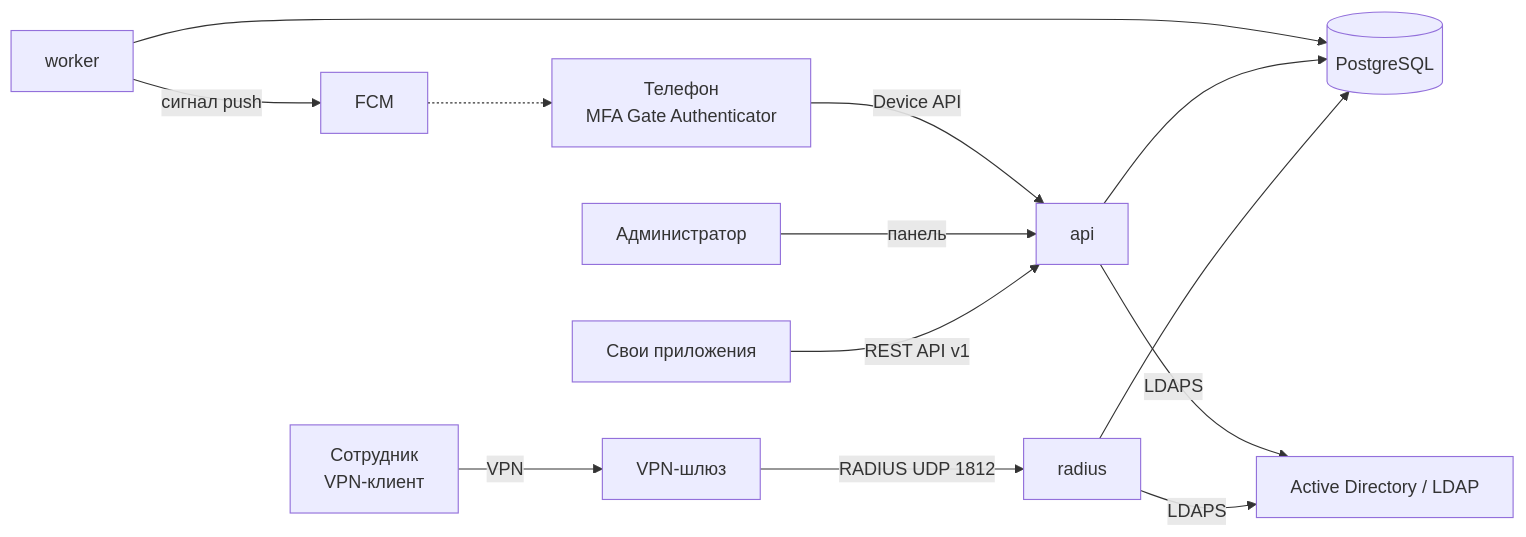
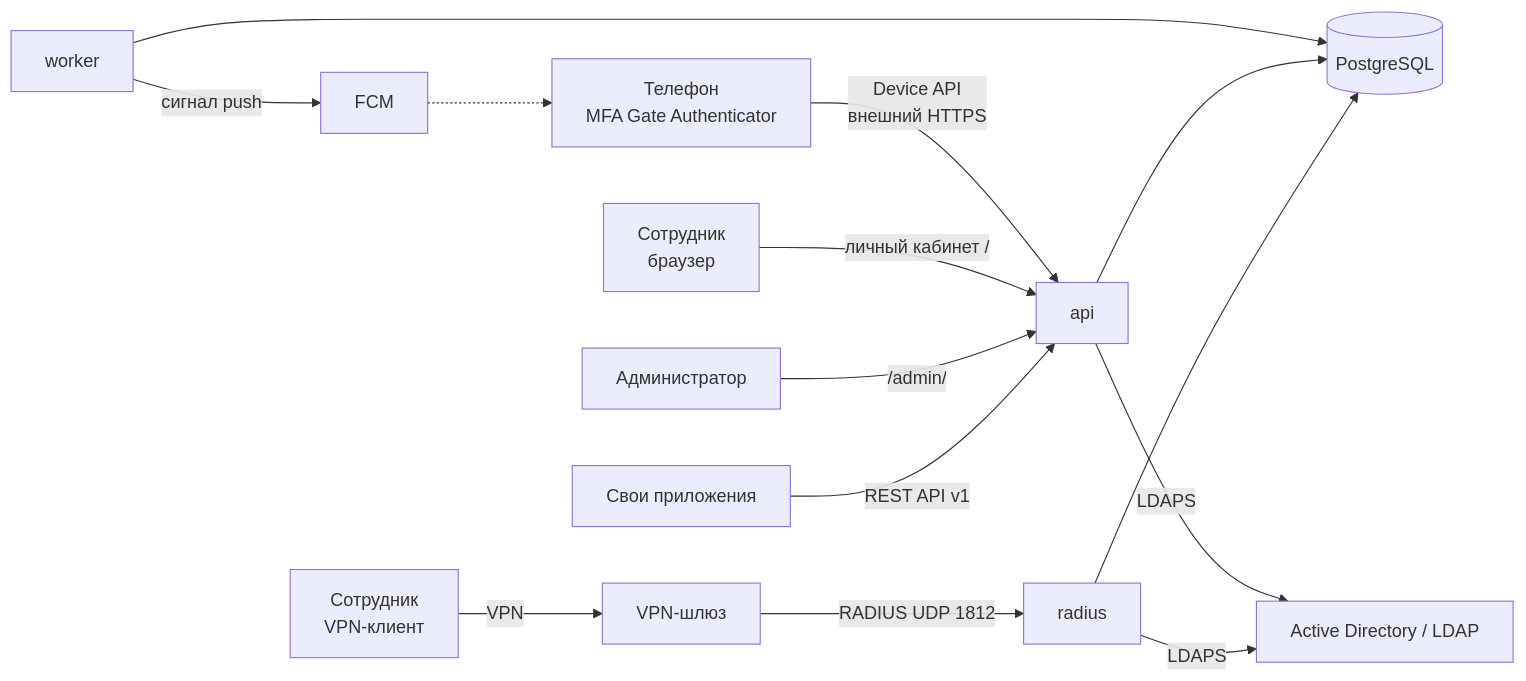
Before and after one commit to calleograph/mfa-gate: the diagram in README.md, drawn with Mermaid. The commit also changed other lines of this file and 84 other files, not shown here.

First line of the commit message:
MFA Gate 0.3.0: личный кабинет сотрудника, внешний адрес телефонов, профиль Ideco

````diff
--- a/README.md
+++ b/README.md
@@ -28,14 +29,15 @@
 ```mermaid
 flowchart LR
     U[Сотрудник<br/>VPN-клиент] -->|VPN| GW[VPN-шлюз]
     GW -->|RADIUS UDP 1812| R[radius]
     APP[Свои приложения] -->|REST API v1| A[api]
-    ADM[Администратор] -->|панель| A
-    PH[Телефон<br/>MFA Gate Authenticator] -->|Device API| A
+    ADM[Администратор] -->|/admin/| A
+    EMP[Сотрудник<br/>браузер] -->|личный кабинет /| A
+    PH[Телефон<br/>MFA Gate Authenticator] -->|Device API<br/>внешний HTTPS| A
     R --> DB[(PostgreSQL)]
     A --> DB
     W[worker] --> DB
     W -->|сигнал push| FCM[FCM]
     FCM -.-> PH
     R & A -->|LDAPS| AD[Active Directory / LDAP]
 ```
````
